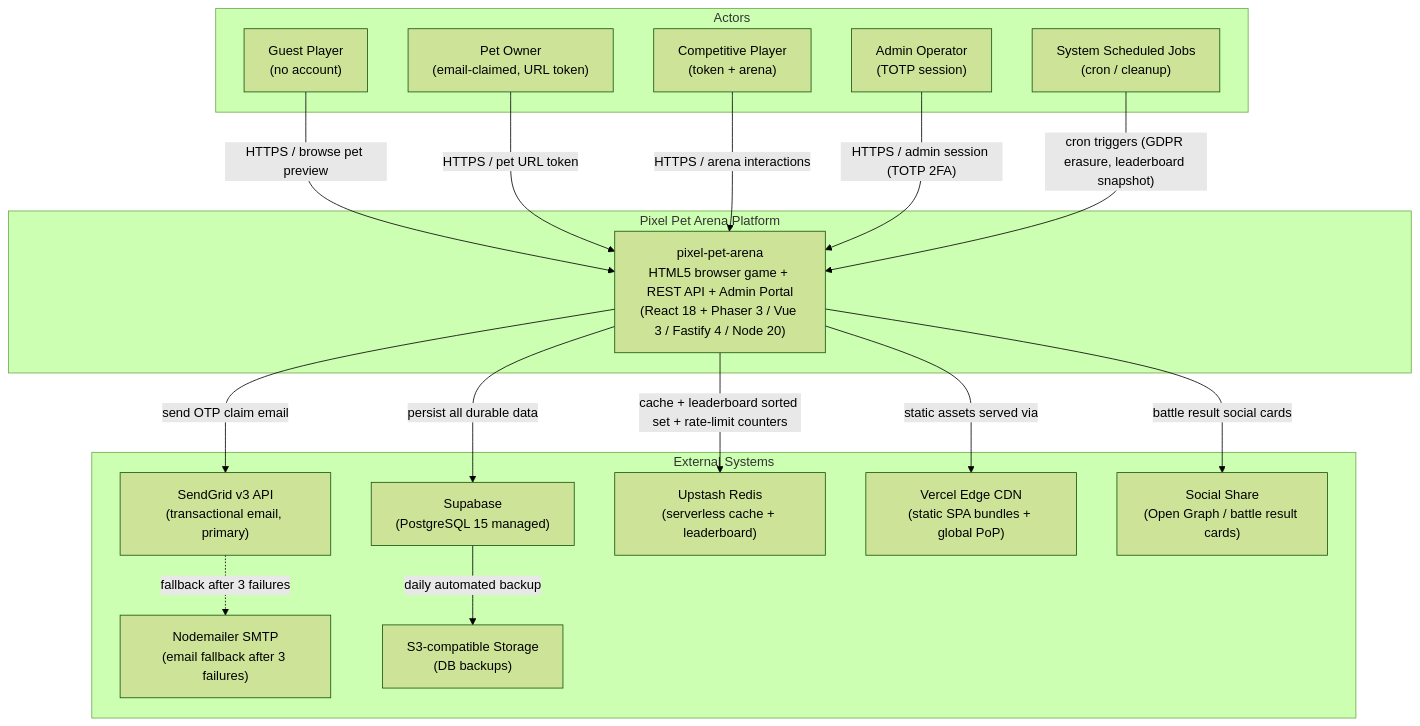
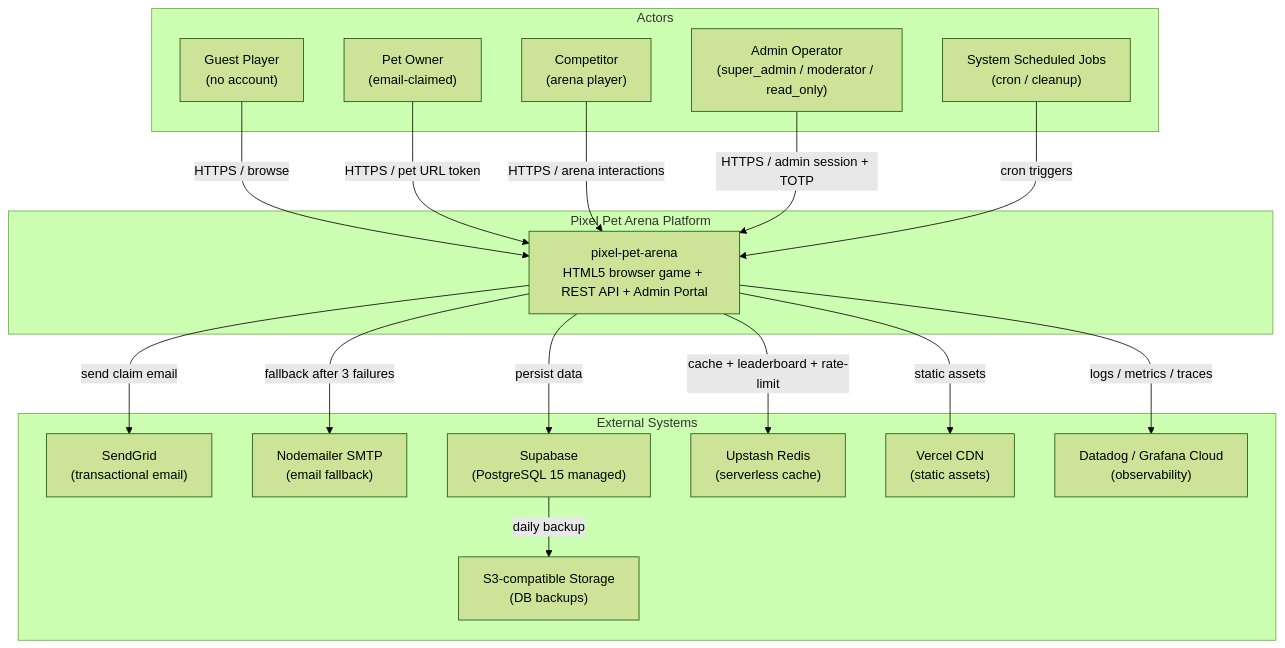
The first of 2 diagrams in README.md (ibalasite/pet), drawn with Mermaid (forest theme) before and after one commit. The commit also changed other lines of this file, not shown here.

Commit message:
docs(gendoc)[README]: gen — rebuild README v2.0 for ADMIN_IMPL v2.0 RBAC update

````diff
--- a/README.md
+++ b/README.md
@@ -52,38 +92,38 @@
 ```mermaid
 graph TB
     subgraph Actors
         Guest["Guest Player<br/>(no account)"]
-        Owner["Pet Owner<br/>(email-claimed, URL token)"]
-        Comp["Competitive Player<br/>(token + arena)"]
-        AdminOp["Admin Operator<br/>(TOTP session)"]
+        Owner["Pet Owner<br/>(email-claimed)"]
+        Comp["Competitor<br/>(arena player)"]
+        Admin["Admin Operator<br/>(super_admin / moderator / read_only)"]
         Job["System Scheduled Jobs<br/>(cron / cleanup)"]
     end
 
     subgraph "Pixel Pet Arena Platform"
-        PPA["pixel-pet-arena<br/>HTML5 browser game + REST API + Admin Portal<br/>(React 18 + Phaser 3 / Vue 3 / Fastify 4 / Node 20)"]
+        PPA["pixel-pet-arena<br/>HTML5 browser game + REST API + Admin Portal"]
     end
 
     subgraph "External Systems"
-        SG["SendGrid v3 API<br/>(transactional email, primary)"]
-        SMTP["Nodemailer SMTP<br/>(email fallback after 3 failures)"]
+        SG["SendGrid<br/>(transactional email)"]
+        SMTP["Nodemailer SMTP<br/>(email fallback)"]
         SB["Supabase<br/>(PostgreSQL 15 managed)"]
-        UP["Upstash Redis<br/>(serverless cache + leaderboard)"]
-        VC["Vercel Edge CDN<br/>(static SPA bundles + global PoP)"]
+        UP["Upstash Redis<br/>(serverless cache)"]
+        VC["Vercel CDN<br/>(static assets)"]
         S3["S3-compatible Storage<br/>(DB backups)"]
-        Social["Social Share<br/>(Open Graph / battle result cards)"]
+        DD["Datadog / Grafana Cloud<br/>(observability)"]
     end
 
-    Guest -->|"HTTPS / browse pet preview"| PPA
+    Guest -->|"HTTPS / browse"| PPA
     Owner -->|"HTTPS / pet URL token"| PPA
     Comp -->|"HTTPS / arena interactions"| PPA
-    AdminOp -->|"HTTPS / admin session (TOTP 2FA)"| PPA
-    Job -->|"cron triggers (GDPR erasure, leaderboard snapshot)"| PPA
+    Admin -->|"HTTPS / admin session + TOTP"| PPA
+    Job -->|"cron triggers"| PPA
 
-    PPA -->|"send OTP claim email"| SG
-    SG -.->|"fallback after 3 failures"| SMTP
-    PPA -->|"persist all durable data"| SB
-    PPA -->|"cache + leaderboard sorted set + rate-limit counters"| UP
-    PPA -->|"static assets served via"| VC
-    SB -->|"daily automated backup"| S3
-    PPA -->|"battle result social cards"| Social
+    PPA -->|"send claim email"| SG
+    PPA -->|"fallback after 3 failures"| SMTP
+    PPA -->|"persist data"| SB
+    PPA -->|"cache + leaderboard + rate-limit"| UP
+    PPA -->|"static assets"| VC
+    SB -->|"daily backup"| S3
+    PPA -->|"logs / metrics / traces"| DD
 ```
````
